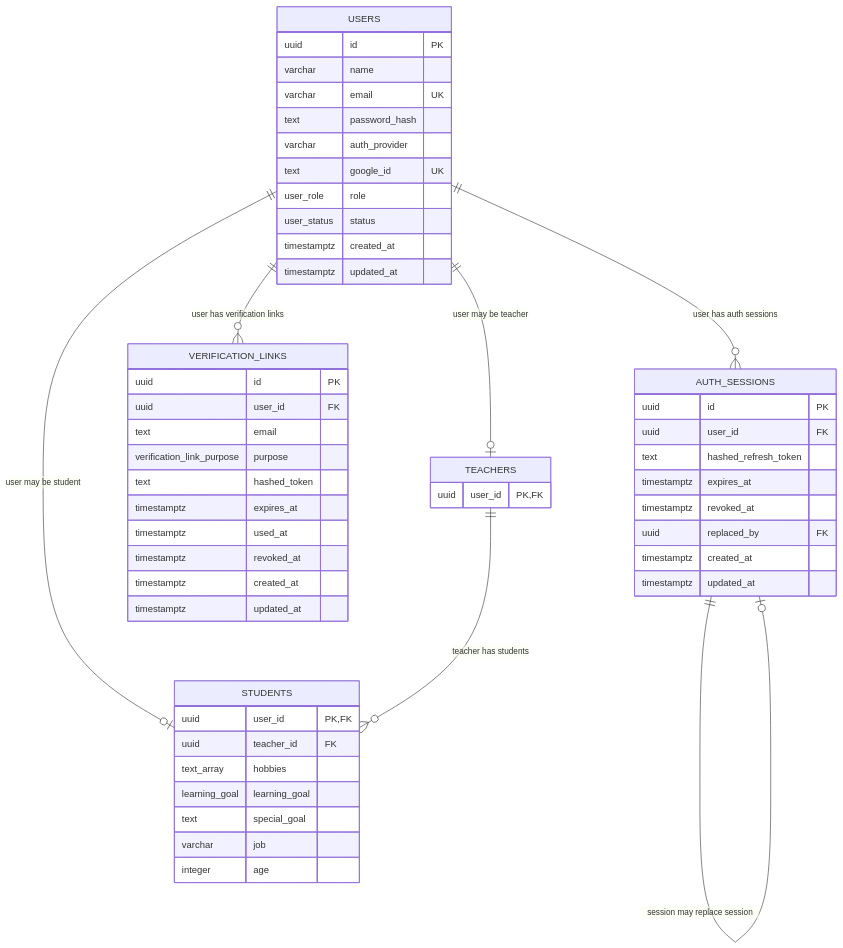
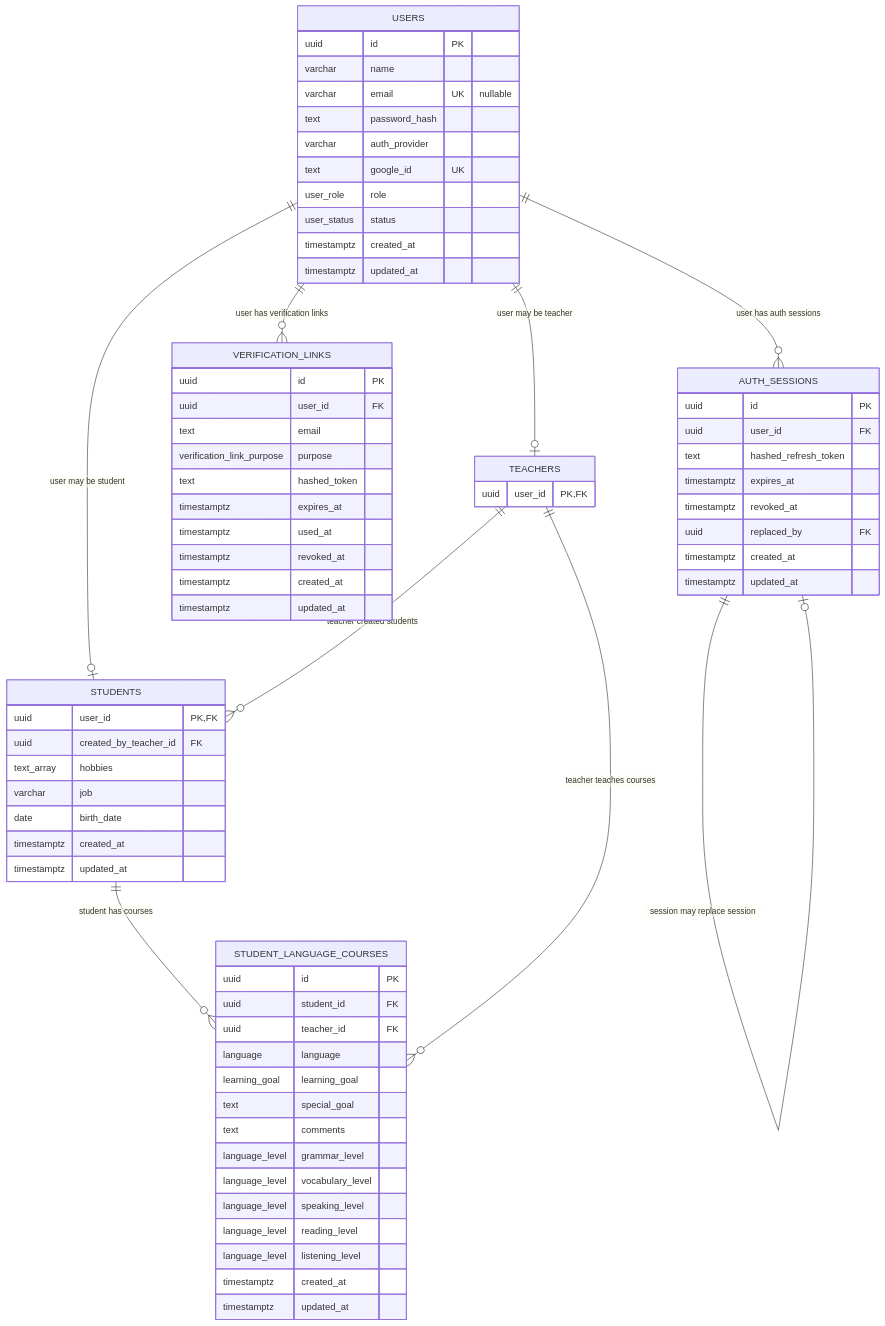
The diagram in back/docs/db/entities.md (KaterynaKocheharova/Practice-app), drawn with Mermaid before and after one commit. The commit also changed other lines of this file and 79 other files, not shown here.

````diff
--- a/back/docs/db/entities.md
+++ b/back/docs/db/entities.md
@@ -5,60 +5,79 @@
 ```mermaid
 erDiagram
   USERS {
     uuid id PK
     varchar name
-    varchar email UK
+    varchar email UK "nullable"
     text password_hash
     varchar auth_provider
     text google_id UK
     user_role role
     user_status status
     timestamptz created_at
     timestamptz updated_at
   }
 
   AUTH_SESSIONS {
     uuid id PK
     uuid user_id FK
     text hashed_refresh_token
     timestamptz expires_at
     timestamptz revoked_at
     uuid replaced_by FK
     timestamptz created_at
     timestamptz updated_at
   }
 
   VERIFICATION_LINKS {
     uuid id PK
     uuid user_id FK
     text email
     verification_link_purpose purpose
     text hashed_token
     timestamptz expires_at
     timestamptz used_at
     timestamptz revoked_at
     timestamptz created_at
     timestamptz updated_at
   }
 
   TEACHERS {
     uuid user_id PK, FK
   }
 
   STUDENTS {
     uuid user_id PK, FK
+    uuid created_by_teacher_id FK
+    text_array hobbies
+    varchar job
+    date birth_date
+    timestamptz created_at
+    timestamptz updated_at
+  }
+
+  STUDENT_LANGUAGE_COURSES {
+    uuid id PK
+    uuid student_id FK
     uuid teacher_id FK
-    text_array hobbies
+    language language
     learning_goal learning_goal
     text special_goal
-    varchar job
-    integer age
+    text comments
+    language_level grammar_level
+    language_level vocabulary_level
+    language_level speaking_level
+    language_level reading_level
+    language_level listening_level
+    timestamptz created_at
+    timestamptz updated_at
   }
 
   USERS ||--o| TEACHERS : "user may be teacher"
   USERS ||--o| STUDENTS : "user may be student"
   USERS ||--o{ AUTH_SESSIONS : "user has auth sessions"
   USERS ||--o{ VERIFICATION_LINKS : "user has verification links"
   AUTH_SESSIONS ||--o| AUTH_SESSIONS : "session may replace session"
-  TEACHERS ||--o{ STUDENTS : "teacher has students"
+  TEACHERS ||--o{ STUDENTS : "teacher created students"
+  STUDENTS ||--o{ STUDENT_LANGUAGE_COURSES : "student has courses"
+  TEACHERS ||--o{ STUDENT_LANGUAGE_COURSES : "teacher teaches courses"
 ```
````
